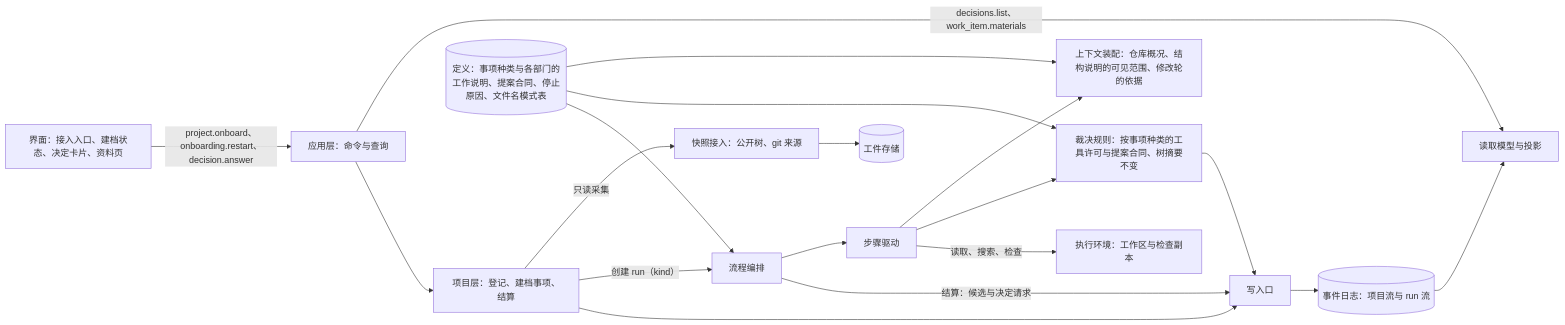
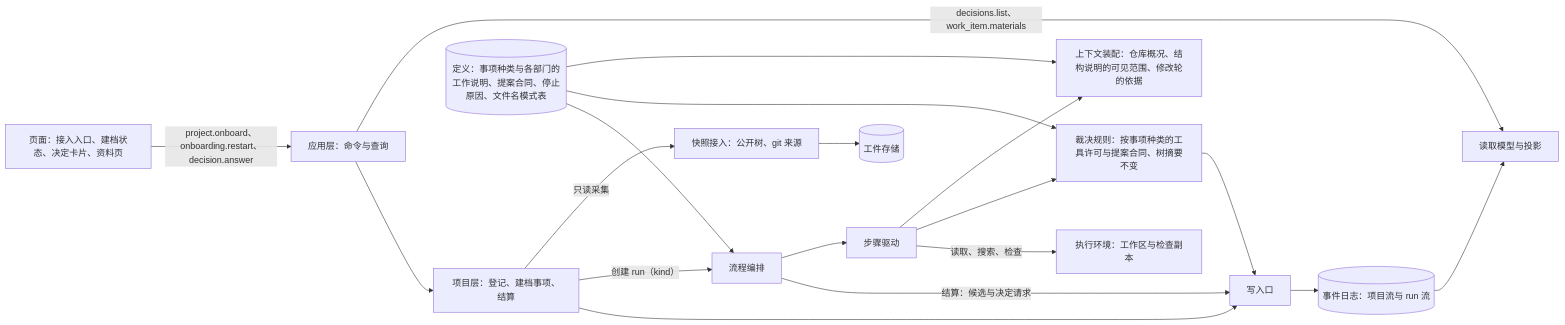
The third of 3 diagrams in docs/design/existing-project-onboarding.md (bender2333/yudao), drawn with Mermaid before and after one commit. The commit also changed other lines of this file and 183 other files, not shown here.

````diff
--- a/docs/design/existing-project-onboarding.md
+++ b/docs/design/existing-project-onboarding.md
@@ -265,21 +265,21 @@
 ```mermaid
 flowchart LR
-  Client["界面：接入入口、建档状态、决定卡片、资料页"] -->|"project.onboard、onboarding.restart、decision.answer"| App["应用层：命令与查询"]
+  Client["页面：接入入口、建档状态、决定卡片、资料页"] -->|"project.onboard、onboarding.restart、decision.answer"| App["应用层：命令与查询"]
   App -->|"decisions.list、work_item.materials"| Read["读取模型与投影"]
   App --> Proj["项目层：登记、建档事项、结算"]
   Proj -->|"只读采集"| Snap["快照接入：公开树、git 来源"]
   Snap --> Store[("工件存储")]
   Proj -->|"创建 run（kind）"| Orch["流程编排"]
   Orch --> Step["步骤驱动"]
   Step --> P["上下文装配：仓库概况、结构说明的可见范围、修改轮的依据"]
   Step --> U["裁决规则：按事项种类的工具许可与提案合同、树摘要不变"]
   Defs[("定义：事项种类与各部门的工作说明、提案合同、停止原因、文件名模式表")] --> P
   Defs --> U
   Defs --> Orch
   Step -->|"读取、搜索、检查"| Env["执行环境：工作区与检查副本"]
   Orch -->|"结算：候选与决定请求"| Wr["写入口"]
   Proj --> Wr
   U --> Wr
   Wr --> Log[("事件日志：项目流与 run 流")]
   Log --> Read
 ```
````
